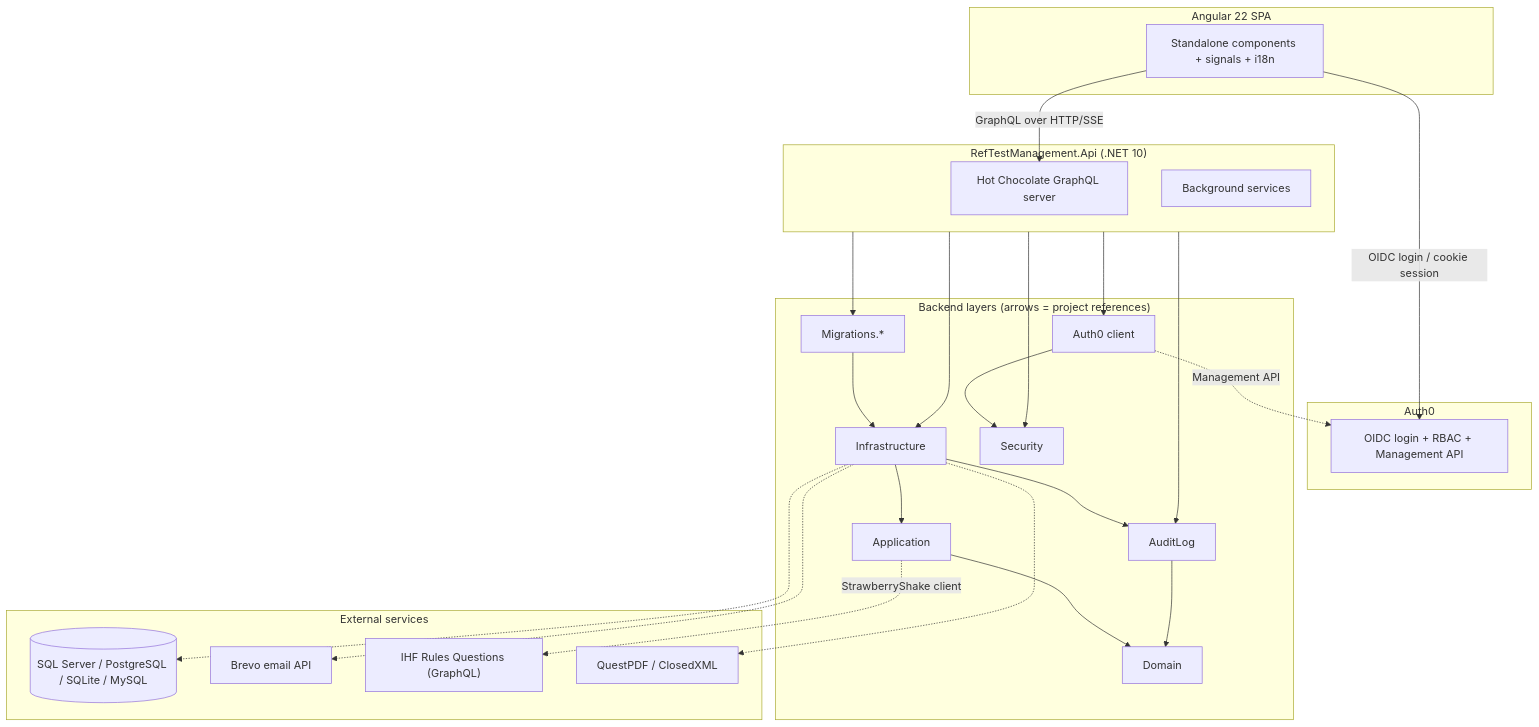
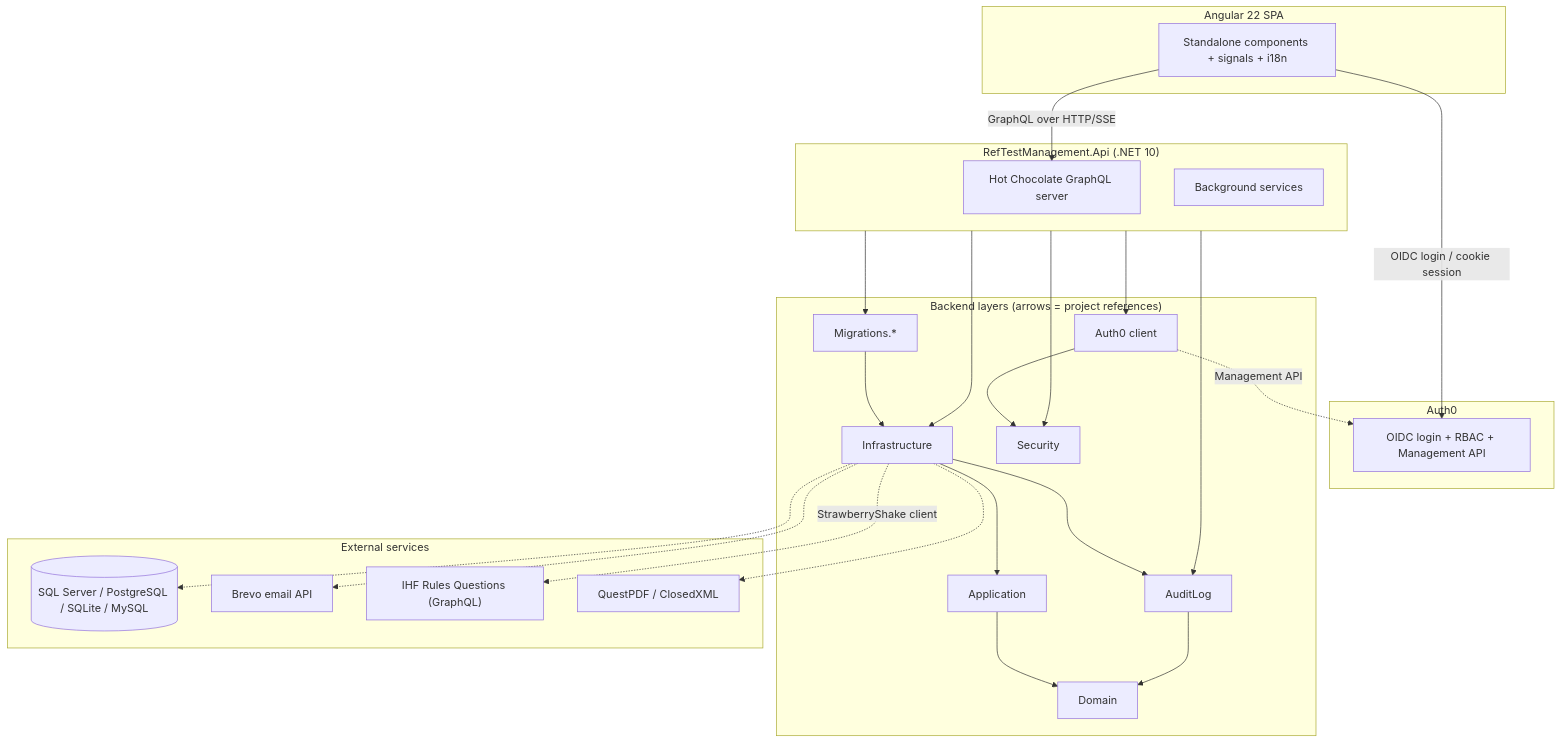
Before and after one commit to handballbelgium-referees/ref-test-management: the diagram in README.md, drawn with Mermaid. The commit also changed other lines of this file and 25 other files, not shown here.

Commit message:
refactor(infrastructure): move IHF Rules client from Application to Infrastructure (WP-A1)

````diff
--- a/README.md
+++ b/README.md
@@ -142,51 +142,51 @@
 ```mermaid
 flowchart TB
     subgraph Client["Angular 22 SPA"]
         UI["Standalone components + signals + i18n"]
     end
 
     subgraph Auth["Auth0"]
         A0["OIDC login + RBAC + Management API"]
     end
 
     subgraph Api["RefTestManagement.Api (.NET 10)"]
         GQL["Hot Chocolate GraphQL server"]
         BG["Background services"]
     end
 
     subgraph Layers["Backend layers (arrows = project references)"]
         Infrastructure["Infrastructure"]
         Application["Application"]
         Domain["Domain"]
         AuditLog["AuditLog"]
         Migrations["Migrations.*"]
         Security["Security"]
         Auth0Proj["Auth0 client"]
     end
 
     subgraph External["External services"]
         DB[("SQL Server / PostgreSQL / SQLite / MySQL")]
         Brevo["Brevo email API"]
         IHF["IHF Rules Questions (GraphQL)"]
         PDF["QuestPDF / ClosedXML"]
     end
 
     UI -->|"GraphQL over HTTP/SSE"| GQL
     UI -->|"OIDC login / cookie session"| A0
     Api --> Infrastructure
     Api --> Migrations
     Api --> Security
     Api --> Auth0Proj
     Api --> AuditLog
     Migrations --> Infrastructure
     Infrastructure --> Application
     Infrastructure --> AuditLog
     Application --> Domain
     AuditLog --> Domain
     Auth0Proj --> Security
-    Application -.->|"StrawberryShake client"| IHF
+    Infrastructure -.->|"StrawberryShake client"| IHF
     Infrastructure -.-> DB
     Infrastructure -.-> Brevo
     Infrastructure -.-> PDF
     Auth0Proj -.->|"Management API"| A0
 ```
````
